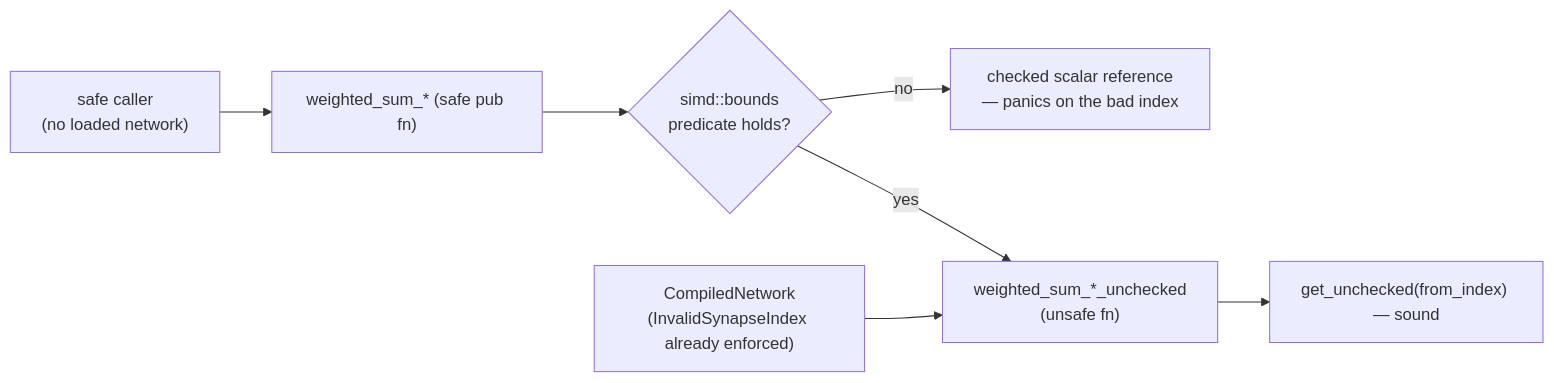
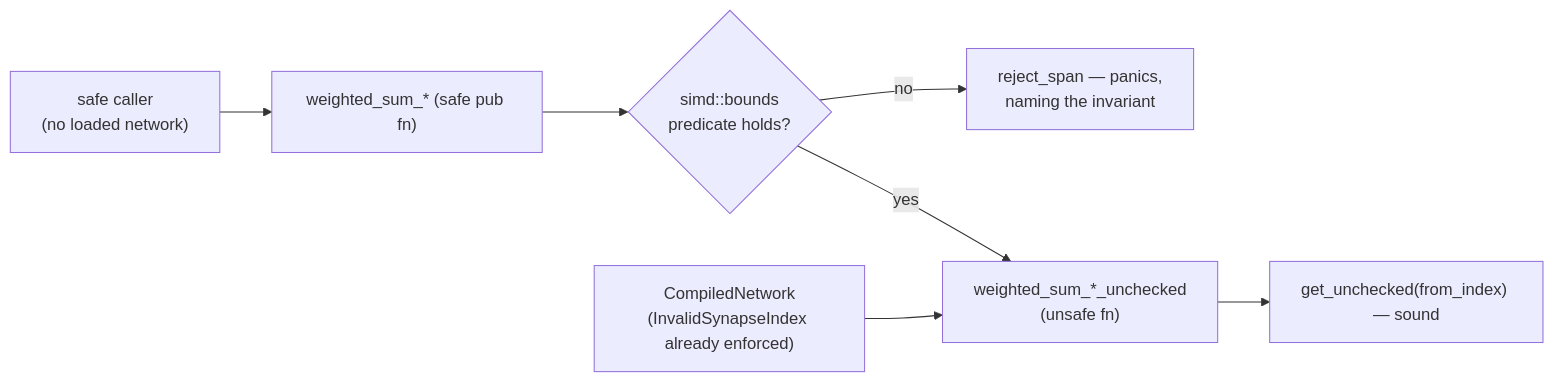
Before and after one commit to stSoftwareAU/NEAT-AI-core: the diagram in docs/archive/pr-summaries/pr-summary-613.md, drawn with Mermaid. The commit also changed other lines of this file and 9 other files, not shown here.

````diff
--- a/docs/archive/pr-summaries/pr-summary-613.md
+++ b/docs/archive/pr-summaries/pr-summary-613.md
@@ -99,9 +106,9 @@
 ```mermaid
 flowchart LR
     S["safe caller<br/>(no loaded network)"] --> W["weighted_sum_* (safe pub fn)"]
     W --> P{"simd::bounds<br/>predicate holds?"}
-    P -- no --> R["checked scalar reference<br/>— panics on the bad index"]
+    P -- no --> R["reject_span — panics,<br/>naming the invariant"]
     P -- yes --> U["weighted_sum_*_unchecked<br/>(unsafe fn)"]
     N["CompiledNetwork<br/>(InvalidSynapseIndex already enforced)"] --> U
     U --> G["get_unchecked(from_index) — sound"]
 ```
````
